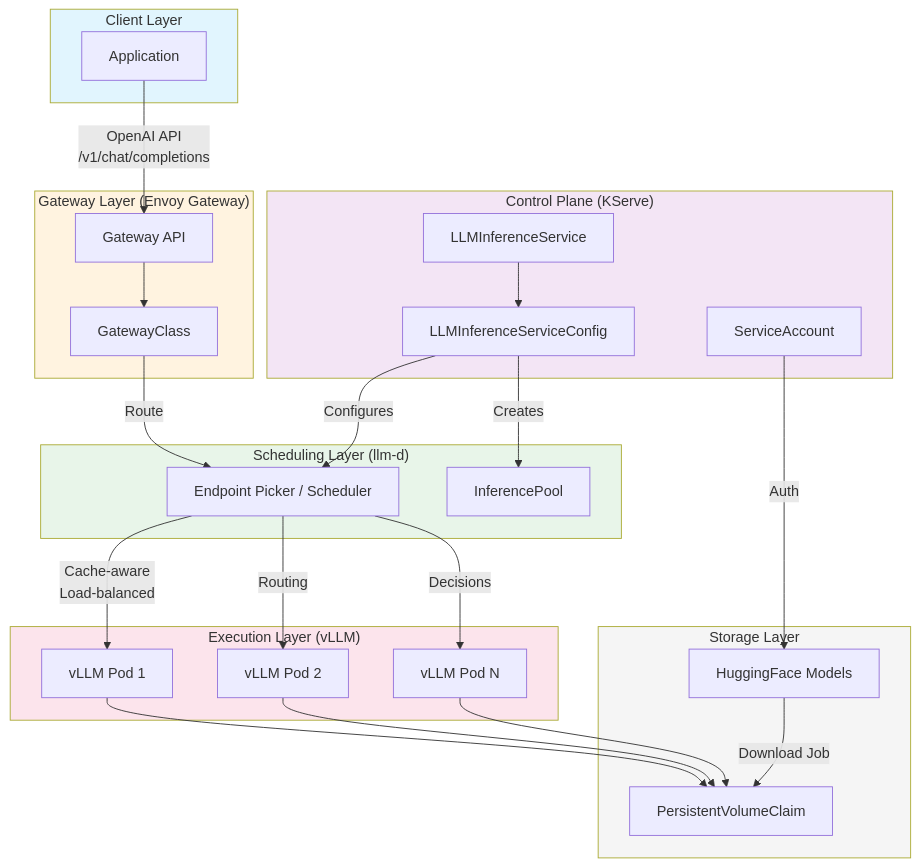
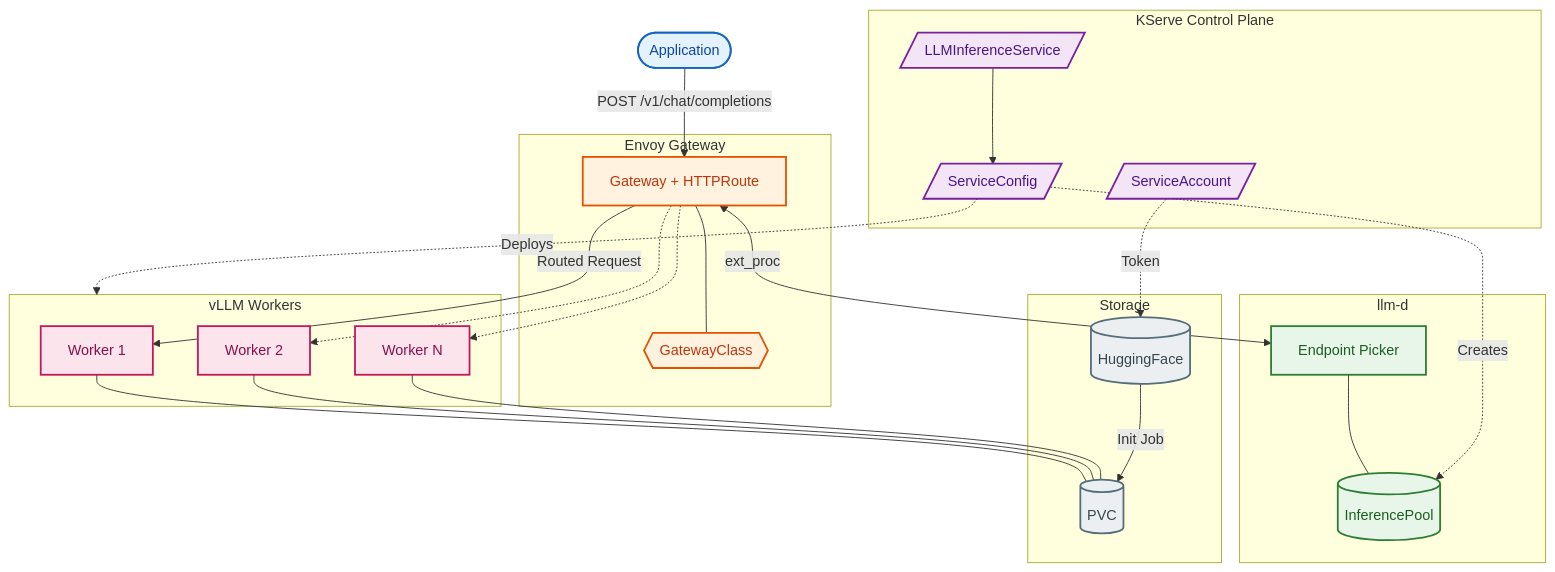
The first of 2 diagrams in README.md (natifridman/kserve-demo), drawn with Mermaid before and after one commit. The commit also changed other lines of this file, not shown here.

Commit message:
Update readme diagrams

````diff
--- a/README.md
+++ b/README.md
@@ -9,59 +9,68 @@
 ```mermaid
-flowchart TB
-    subgraph Client["Client Layer"]
-        APP[Application]
+flowchart TD
+    accTitle: Cloud-Native LLM Inference Architecture
+    accDescr: Layered architecture showing Envoy Gateway, llm-d EPP for routing, vLLM for inference, and KServe for orchestration.
+
+    %% Style Definitions - Light backgrounds for readability
+    classDef client fill:#e3f2fd,stroke:#1565c0,stroke-width:2px,color:#0d47a1
+    classDef gateway fill:#fff3e0,stroke:#e65100,stroke-width:2px,color:#bf360c
+    classDef scheduler fill:#e8f5e9,stroke:#2e7d32,stroke-width:2px,color:#1b5e20
+    classDef execution fill:#fce4ec,stroke:#c2185b,stroke-width:2px,color:#880e4f
+    classDef control fill:#f3e5f5,stroke:#7b1fa2,stroke-width:2px,color:#4a148c
+    classDef storage fill:#eceff1,stroke:#546e7a,stroke-width:2px,color:#37474f
+
+    %% Client
+    APP([Application]):::client
+
+    %% Gateway Layer
+    subgraph Gateway["Envoy Gateway"]
+        GW[Gateway + HTTPRoute]:::gateway
+        GWC{{GatewayClass}}:::gateway
     end
 
-    subgraph Gateway["Gateway Layer (Envoy Gateway)"]
-        GW[Gateway API]
-        GWC[GatewayClass]
+    %% Scheduler Layer
+    subgraph Scheduler["llm-d"]
+        EPP[Endpoint Picker]:::scheduler
+        POOL[(InferencePool)]:::scheduler
     end
 
-    subgraph Control["Control Plane (KServe)"]
-        ISVC[LLMInferenceService]
-        CFG[LLMInferenceServiceConfig]
-        SA[ServiceAccount]
+    %% Execution Layer
+    subgraph Execution["vLLM Workers"]
+        V1[Worker 1]:::execution
+        V2[Worker 2]:::execution
+        VN[Worker N]:::execution
     end
 
-    subgraph Scheduling["Scheduling Layer (llm-d)"]
-        EPP[Endpoint Picker / Scheduler]
-        POOL[InferencePool]
+    %% Control Plane
+    subgraph Control["KServe Control Plane"]
+        ISVC[/LLMInferenceService/]:::control
+        CFG[/ServiceConfig/]:::control
+        SA[/ServiceAccount/]:::control
     end
 
-    subgraph Execution["Execution Layer (vLLM)"]
-        VLLM1[vLLM Pod 1]
-        VLLM2[vLLM Pod 2]
-        VLLM3[vLLM Pod N]
+    %% Storage
+    subgraph Storage["Storage"]
+        PVC[(PVC)]:::storage
+        HF[(HuggingFace)]:::storage
     end
 
-    subgraph Storage["Storage Layer"]
-        PVC[PersistentVolumeClaim]
-        HF[HuggingFace Models]
-    end
+    %% Request Flow
+    APP -->|POST /v1/chat/completions| GW
+    GW --- GWC
+    GW <-->|ext_proc| EPP
+    EPP --- POOL
 
-    APP -->|"OpenAI API\n/v1/chat/completions"| GW
-    GW --> GWC
-    GWC -->|Route| EPP
+    GW -->|Routed Request| V1
+    GW -.-> V2
+    GW -.-> VN
 
+    %% Control Plane Flow
     ISVC --> CFG
-    CFG -->|Creates| POOL
-    CFG -->|Configures| EPP
+    CFG -.->|Creates| POOL
+    CFG -.->|Deploys| Execution
 
-    EPP -->|"Cache-aware\nLoad-balanced"| VLLM1
-    EPP -->|Routing| VLLM2
-    EPP -->|Decisions| VLLM3
-
-    VLLM1 --> PVC
-    VLLM2 --> PVC
-    VLLM3 --> PVC
-
-    HF -->|Download Job| PVC
-    SA -->|Auth| HF
-
-    style Client fill:#e1f5fe
-    style Gateway fill:#fff3e0
-    style Control fill:#f3e5f5
-    style Scheduling fill:#e8f5e9
-    style Execution fill:#fce4ec
-    style Storage fill:#f5f5f5
+    %% Storage Flow
+    V1 & V2 & VN --- PVC
+    HF -->|Init Job| PVC
+    SA -.->|Token| HF
 ```
````
